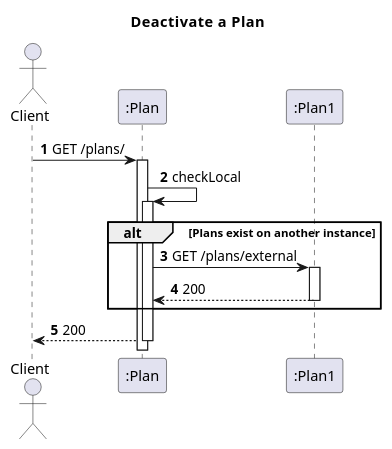
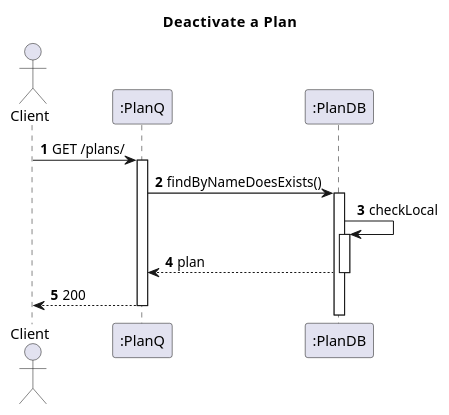
One commit to IsepMartimOliveira/SIDIS changed the diagram in docs_sidis/Segunda_Avalição/Plans/Vista_Logica/N2/N2_GetAllPlans_Plan.puml. Above: the diagram before and after it, drawn with PlantUML. The commit also changed 6 other files, not shown here.

```diff
--- a/docs_sidis/Segunda_Avalição/Plans/Vista_Logica/N2/N2_GetAllPlans_Plan.puml
+++ b/docs_sidis/Segunda_Avalição/Plans/Vista_Logica/N2/N2_GetAllPlans_Plan.puml
@@ -1,33 +1,17 @@
 @startuml
 'https://plantuml.com/sequence-diagram
 autoactivate on
 autonumber
 title  Deactivate  a  Plan
 
 autonumber
 
 actor "Client" as Ac
-participant ":Plan" as Auth
-participant ":Plan1" as Serv
-
-
+participant ":PlanQ" as Auth
+participant ":PlanDB" as DB
 Ac->Auth:GET /plans/
-Auth->Auth:checkLocal
-
-
-alt Plans exist on another instance
-Auth->Serv: GET /plans/external
-Serv-->Auth:200
-
-end
+Auth->DB:findByNameDoesExists()
+DB->DB:checkLocal
+DB-->Auth:plan
 Auth-->Ac:200
-
-
-
-
-
-
-
-
-
 @enduml
```
